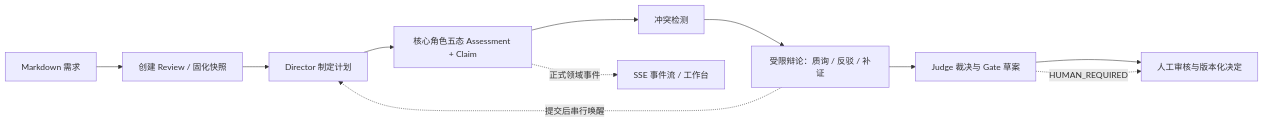
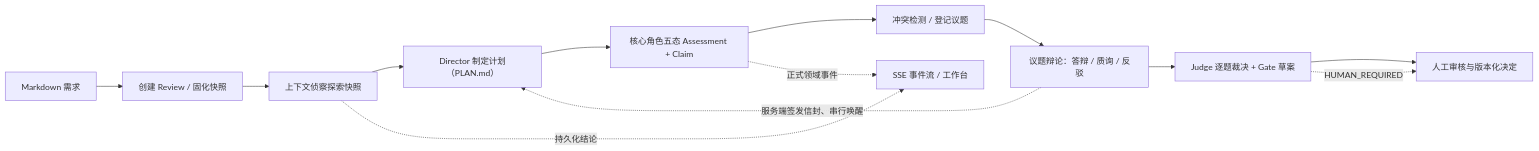
The diagram in README.zh-CN.md (cc-chongming/chongming), drawn with Mermaid before and after one commit. The commit also changed other lines of this file and 2 other files, not shown here.

First line of the commit message:
docs(readme): 双 README 同步 PLAN-023→054 后的平台现状（PLAN-055）

````diff
--- a/README.zh-CN.md
+++ b/README.zh-CN.md
@@ -57,14 +63,16 @@
 ```mermaid
 flowchart LR
     A["Markdown 需求"] --> B["创建 Review / 固化快照"]
-    B --> C["Director 制定计划"]
+    B --> S["上下文侦察探索快照"]
+    S --> C["Director 制定计划（PLAN.md）"]
     C --> D["核心角色五态 Assessment + Claim"]
-    D --> E["冲突检测"]
-    E --> F["受限辩论：质询 / 反驳 / 补证"]
-    F --> G["Judge 裁决与 Gate 草案"]
+    D --> E["冲突检测 / 登记议题"]
+    E --> F["议题辩论：答辩 / 质询 / 反驳"]
+    F --> G["Judge 逐题裁决 + Gate 草案"]
     G --> H["人工审核与版本化决定"]
 
-    D -. "正式领域事件" .-> I["SSE 事件流 / 工作台"]
-    F -. "提交后串行唤醒" .-> C
+    S -. "持久化结论" .-> I["SSE 事件流 / 工作台"]
+    D -. "正式领域事件" .-> I
+    F -. "服务端签发信封、串行唤醒" .-> C
     G -. "HUMAN_REQUIRED" .-> H
 ```
````
